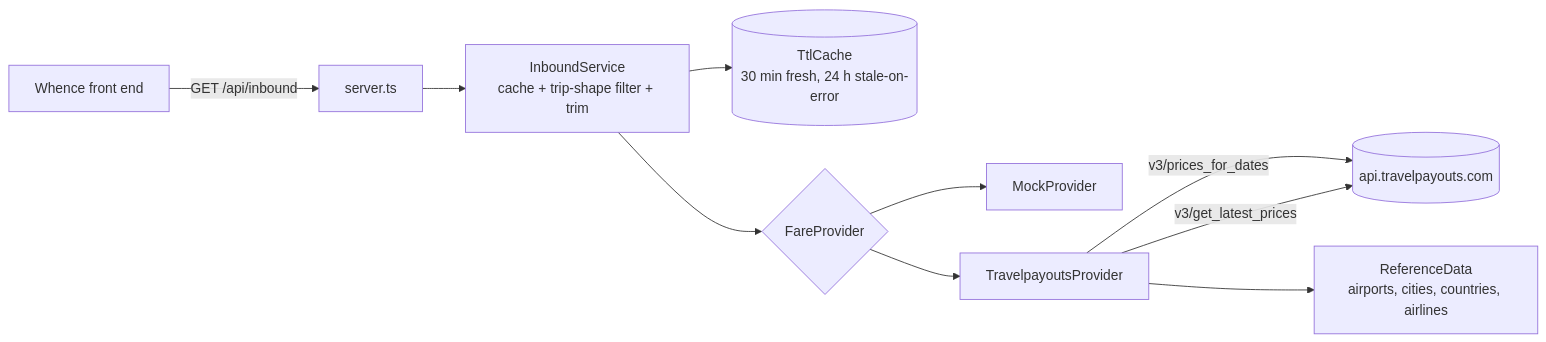
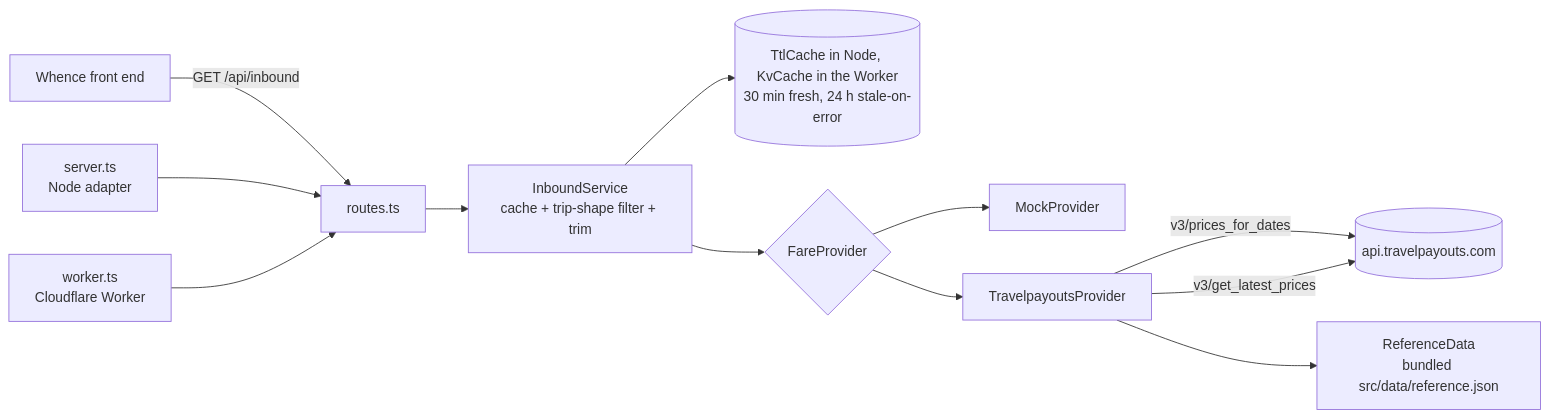
Before and after one commit to Toldry/Whence: the diagram in backend/README.md, drawn with Mermaid. The commit also changed other lines of this file and 18 other files, not shown here.

First line of the commit message:
Run the back end as a Cloudflare Worker

````diff
--- a/backend/README.md
+++ b/backend/README.md
@@ -12,12 +13,14 @@
 ```mermaid
 flowchart LR
-  client[Whence front end] -->|GET /api/inbound| server[server.ts]
-  server --> service[InboundService<br/>cache + trip-shape filter + trim]
-  service --> cache[(TtlCache<br/>30 min fresh, 24 h stale-on-error)]
+  client[Whence front end] -->|GET /api/inbound| routes[routes.ts]
+  node[server.ts<br/>Node adapter] --> routes
+  worker[worker.ts<br/>Cloudflare Worker] --> routes
+  routes --> service[InboundService<br/>cache + trip-shape filter + trim]
+  service --> cache[(TtlCache in Node, KvCache in the Worker<br/>30 min fresh, 24 h stale-on-error)]
   service --> provider{FareProvider}
   provider --> mock[MockProvider]
   provider --> tp[TravelpayoutsProvider]
   tp -->|v3/prices_for_dates| api[(api.travelpayouts.com)]
   tp -->|v3/get_latest_prices| api
-  tp --> ref[ReferenceData<br/>airports, cities, countries, airlines]
+  tp --> ref[ReferenceData<br/>bundled src/data/reference.json]
 ```
````
